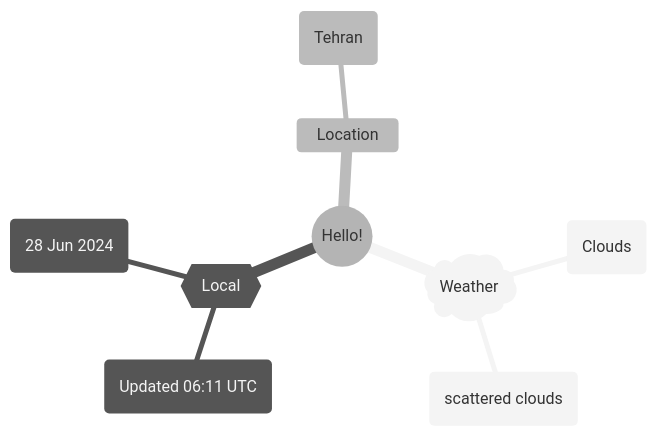
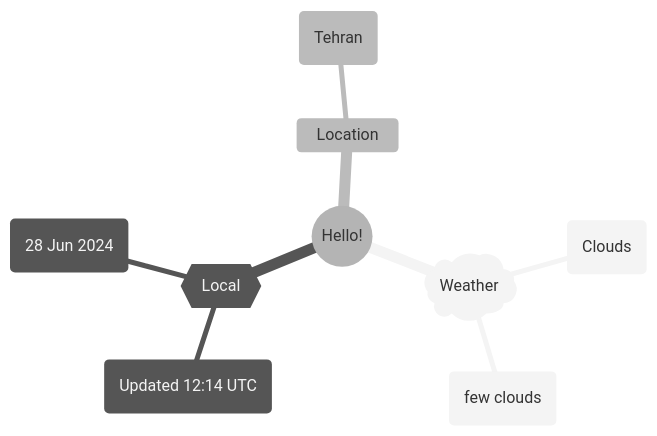
One commit to Xosrov/Xosrov changed the first of 2 diagrams in README.md. Above: the diagram before and after it, drawn with Mermaid (neutral theme).

Commit message:
[bot] updated images

````diff
--- a/README.md
+++ b/README.md
@@ -3,12 +3,12 @@
 ```mermaid
 mindmap
   root((Hello!))
     )Weather(
         (Clouds)
-        (scattered clouds)
+        (few clouds)
     {{Local}}
-        (Updated 06:11 UTC)
+        (Updated 12:14 UTC)
         (28 Jun 2024)
     Location
         (Tehran)
 ```
````
